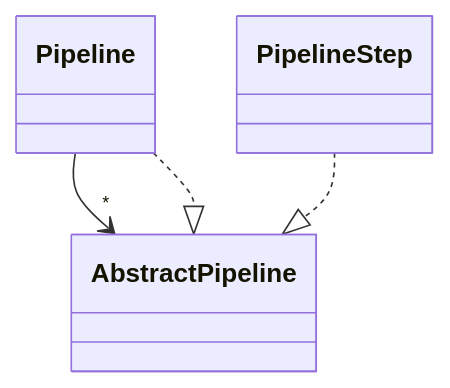
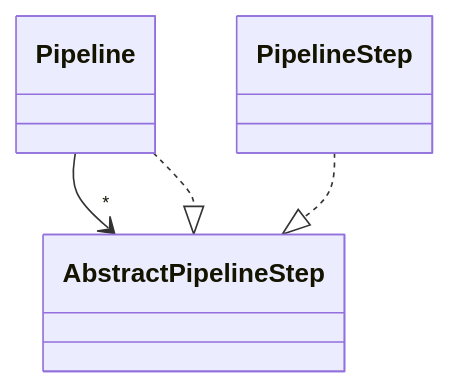
Before and after one commit to ardoco/ardoco: the diagram in docs/Pipeline.md, drawn with Mermaid. The commit also changed other lines of this file and 20 other files, not shown here.

````diff
--- a/docs/Pipeline.md
+++ b/docs/Pipeline.md
@@ -2,10 +11,10 @@
 ```mermaid
 classDiagram
-    class AbstractPipeline
+    class AbstractPipelineStep
     class Pipeline
     class PipelineStep
 
-    Pipeline--> "*" AbstractPipeline
-    Pipeline..|>AbstractPipeline
-    PipelineStep..|>AbstractPipeline
+    Pipeline --> "*" AbstractPipelineStep
+    Pipeline ..|> AbstractPipelineStep
+    PipelineStep ..|> AbstractPipelineStep
 ```
````
